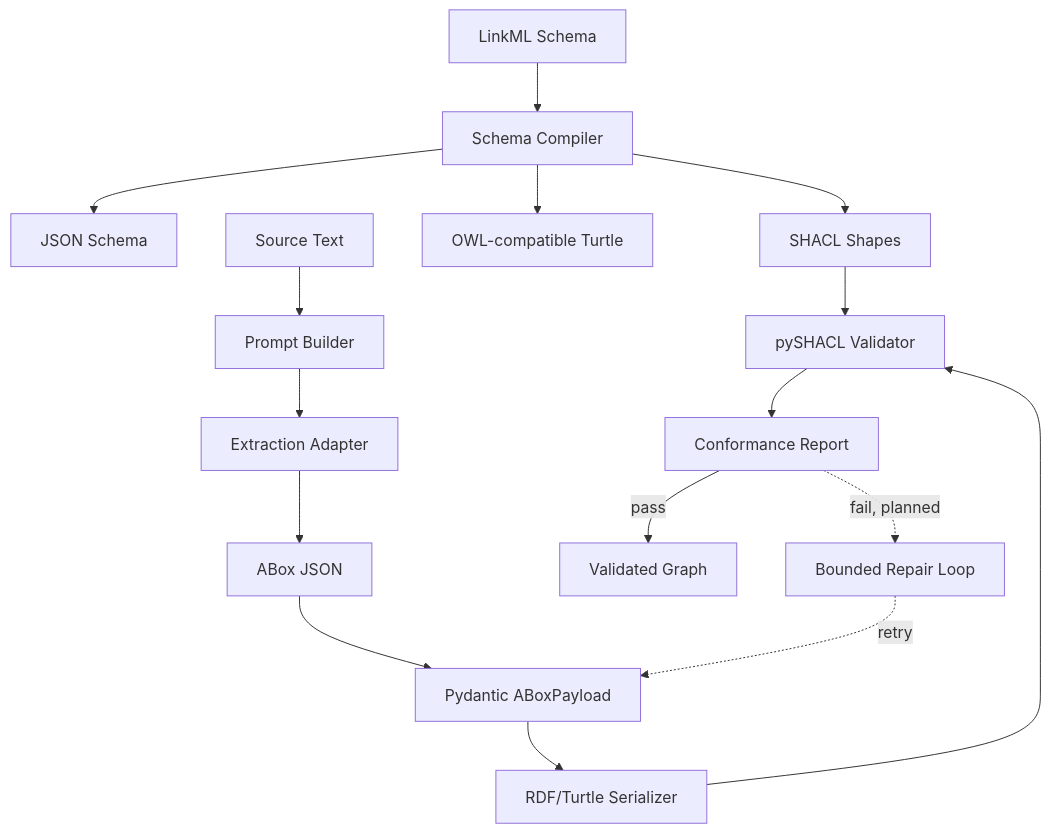
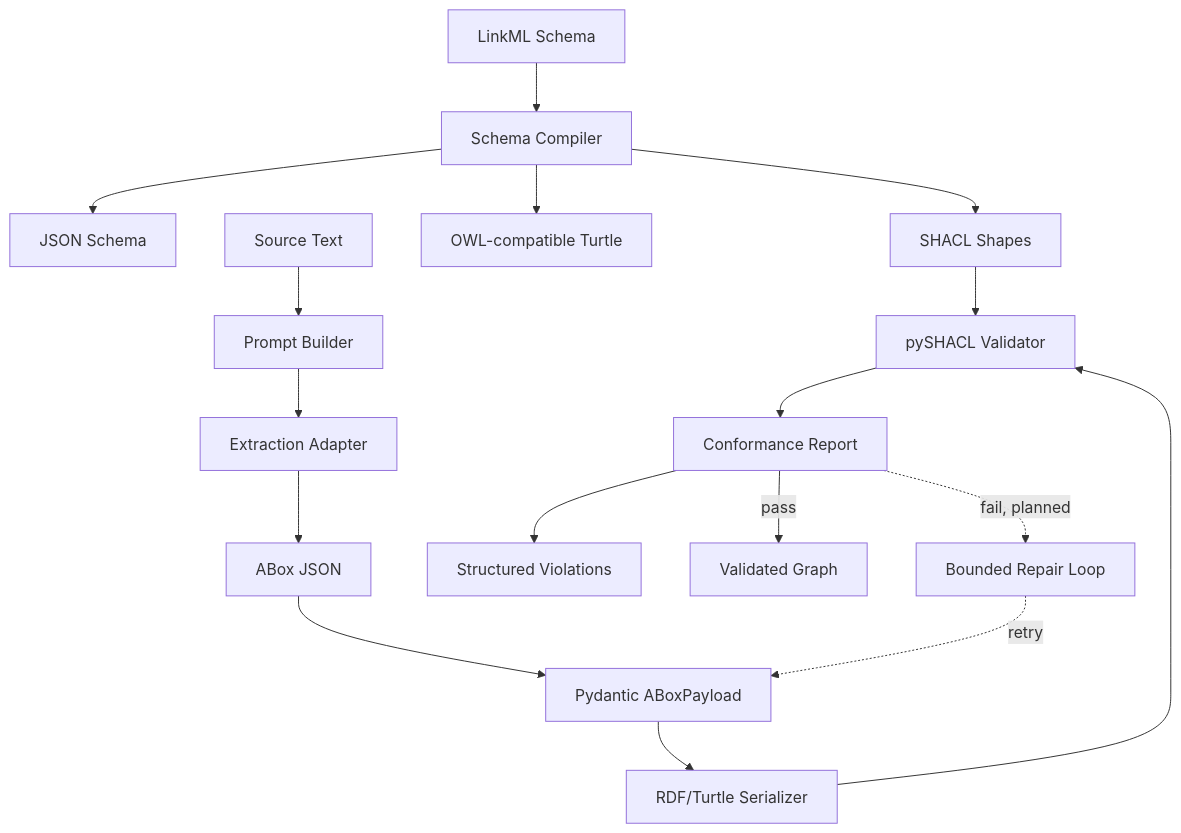
The diagram in README.md (sinonchum/NeuroOntoGen), drawn with Mermaid before and after one commit. The commit also changed other lines of this file and 2 other files, not shown here.

Commit message:
feat: parse structured shacl violations

````diff
--- a/README.md
+++ b/README.md
@@ -64,21 +65,22 @@
 ```mermaid
 graph TB
     S[LinkML Schema] --> C[Schema Compiler]
     C --> JS[JSON Schema]
     C --> SH[SHACL Shapes]
     C --> OWL[OWL-compatible Turtle]
 
     TXT[Source Text] --> PR[Prompt Builder]
     PR --> EX[Extraction Adapter]
     EX --> JSON[ABox JSON]
     JSON --> P[Pydantic ABoxPayload]
 
     P --> RDF[RDF/Turtle Serializer]
     RDF --> V[pySHACL Validator]
     SH --> V
     V --> R[Conformance Report]
+    R --> VR[Structured Violations]
 
     R -->|pass| OUT[Validated Graph]
     R -. fail, planned .-> REP[Bounded Repair Loop]
     REP -. retry .-> P
 ```
````
